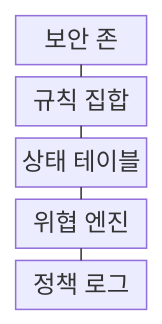
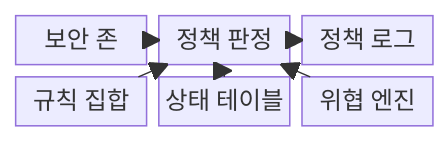
One commit to agnusdei1207/knowledge-base changed the first of 2 diagrams in src/content/docs/notes/04-network/020_firewall_types.md. Above: the diagram before and after it, drawn with Mermaid. The commit also changed other lines of this file and 20 other files, not shown here.

````diff
--- a/src/content/docs/notes/04-network/020_firewall_types.md
+++ b/src/content/docs/notes/04-network/020_firewall_types.md
@@ -59,13 +59,15 @@
 ```mermaid
 block-beta
-    columns 1
-    A["보안 존"]
-    B["규칙 집합"]
-    C["상태 테이블"]
-    D["위협 엔진"]
-    E["정책 로그"]
-    A --- B
-    B --- C
-    C --- D
-    D --- E
+    columns 3
+    ZONE["보안 존"]
+    POLICY["정책 판정"]
+    LOG["정책 로그"]
+    RULE["규칙 집합"]
+    STATE["상태 테이블"]
+    THREAT["위협 엔진"]
+    ZONE --> POLICY
+    RULE --> POLICY
+    STATE --> POLICY
+    THREAT --> POLICY
+    POLICY --> LOG
 ```
````
